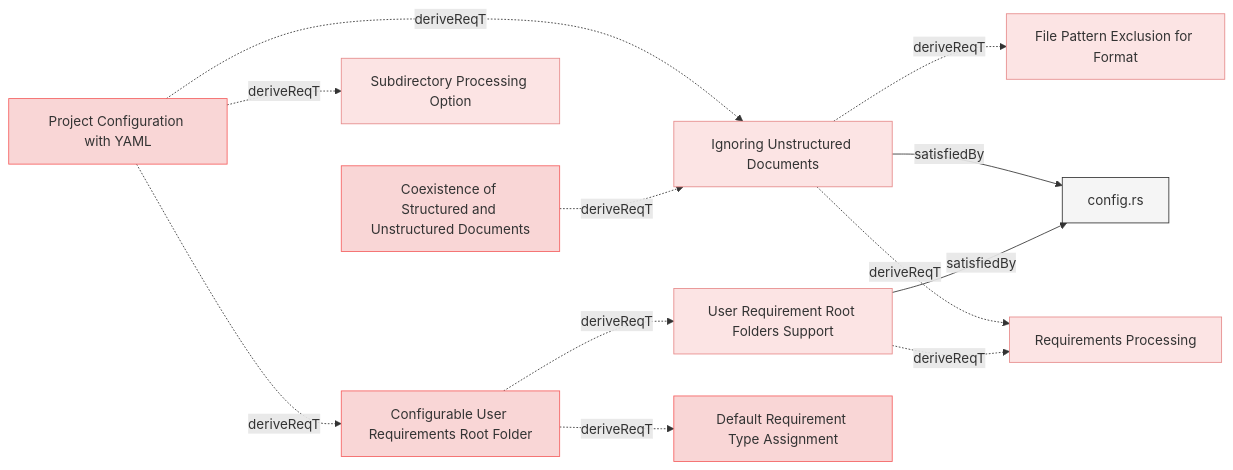
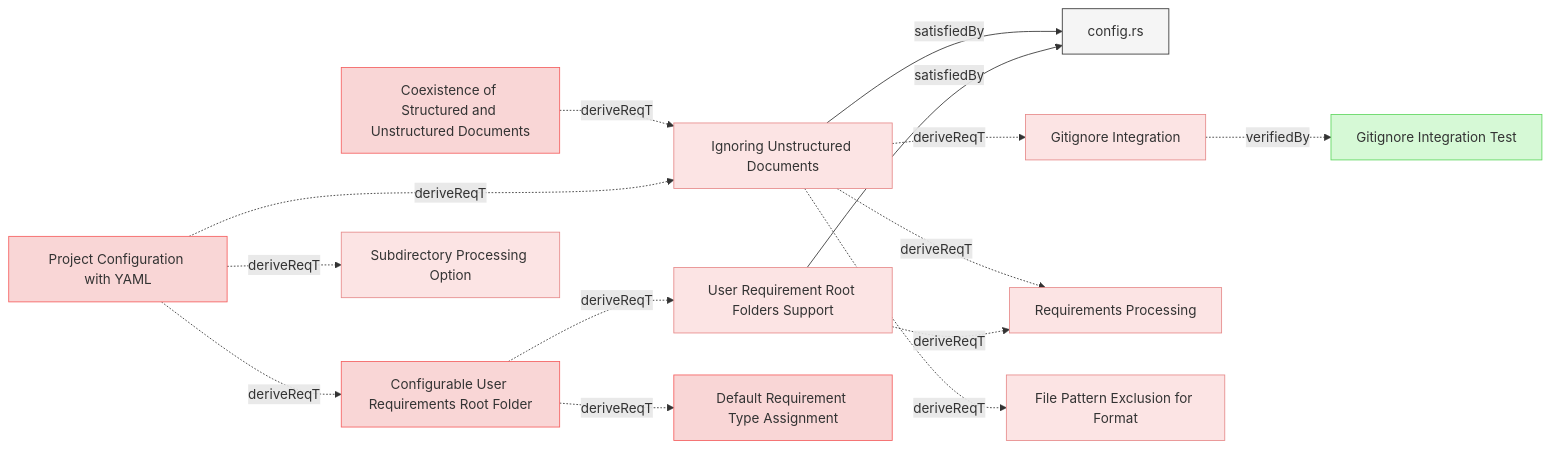
Before and after one commit to reqvire-org/reqvire: the second of 9 diagrams in specifications/SystemRequirements/Requirements.md, drawn with Mermaid. The commit also changed other lines of this file and 25 other files, not shown here.

First line of the commit message:
Add gitignore integration for automatic file exclusion

````diff
--- a/specifications/SystemRequirements/Requirements.md
+++ b/specifications/SystemRequirements/Requirements.md
@@ -155,54 +159,62 @@
 ```mermaid
 graph LR;
   %% REQVIRE-AUTOGENERATED-DIAGRAM
   %% Graph styling
   classDef userRequirement fill:#f9d6d6,stroke:#f55f5f,stroke-width:1px;
   classDef systemRequirement fill:#fce4e4,stroke:#e68a8a,stroke-width:1px;
   classDef verification fill:#d6f9d6,stroke:#5fd75f,stroke-width:1px;
   classDef default fill:#f5f5f5,stroke:#333333,stroke-width:1px;
 
+  be83c2991e9535c7["Ignoring Unstructured Documents"];
+  class be83c2991e9535c7 systemRequirement;
+  click be83c2991e9535c7 "Requirements.md#ignoring-unstructured-documents";
+  8419dcc77d92b609["config.rs"];
+  class 8419dcc77d92b609 default;
+  click 8419dcc77d92b609 "../../cli/src/config.rs";
+  be83c2991e9535c7 -->|satisfiedBy| 8419dcc77d92b609;
+  a0da26f71f33b98f["Gitignore Integration"];
+  class a0da26f71f33b98f systemRequirement;
+  click a0da26f71f33b98f "Requirements.md#gitignore-integration";
+  be83c2991e9535c7 -.->|deriveReqT| a0da26f71f33b98f;
+  bed8d0948b3e5ccd["Requirements Processing"];
+  class bed8d0948b3e5ccd systemRequirement;
+  click bed8d0948b3e5ccd "Requirements.md#requirements-processing";
+  be83c2991e9535c7 -.->|deriveReqT| bed8d0948b3e5ccd;
+  821926b1be52e46b["File Pattern Exclusion for Format"];
+  class 821926b1be52e46b systemRequirement;
+  click 821926b1be52e46b "Requirements.md#file-pattern-exclusion-for-format";
+  be83c2991e9535c7 -.->|deriveReqT| 821926b1be52e46b;
+  9078905027caefa6["Gitignore Integration Test"];
+  class 9078905027caefa6 verification;
+  click 9078905027caefa6 "../Verifications/ValidationTests.md#gitignore-integration-test";
+  a0da26f71f33b98f -.->|verifiedBy| 9078905027caefa6;
   a9d6e2569d5acd60["User Requirement Root Folders Support"];
   class a9d6e2569d5acd60 systemRequirement;
   click a9d6e2569d5acd60 "Requirements.md#user-requirement-root-folders-support";
   8419dcc77d92b609["config.rs"];
   class 8419dcc77d92b609 default;
   click 8419dcc77d92b609 "../../cli/src/config.rs";
   a9d6e2569d5acd60 -->|satisfiedBy| 8419dcc77d92b609;
-  bed8d0948b3e5ccd["Requirements Processing"];
-  class bed8d0948b3e5ccd systemRequirement;
-  click bed8d0948b3e5ccd "Requirements.md#requirements-processing";
   a9d6e2569d5acd60 -.->|deriveReqT| bed8d0948b3e5ccd;
-  be83c2991e9535c7["Ignoring Unstructured Documents"];
-  class be83c2991e9535c7 systemRequirement;
-  click be83c2991e9535c7 "Requirements.md#ignoring-unstructured-documents";
-  8419dcc77d92b609["config.rs"];
-  class 8419dcc77d92b609 default;
-  click 8419dcc77d92b609 "../../cli/src/config.rs";
-  be83c2991e9535c7 -->|satisfiedBy| 8419dcc77d92b609;
-  821926b1be52e46b["File Pattern Exclusion for Format"];
-  class 821926b1be52e46b systemRequirement;
-  click 821926b1be52e46b "Requirements.md#file-pattern-exclusion-for-format";
-  be83c2991e9535c7 -.->|deriveReqT| 821926b1be52e46b;
-  be83c2991e9535c7 -.->|deriveReqT| bed8d0948b3e5ccd;
   f0d721424636370e["Coexistence of Structured and Unstructured Documents"];
   class f0d721424636370e userRequirement;
   click f0d721424636370e "../ManagingMbseModelsRequirements.md#coexistence-of-structured-and-unstructured-documents";
   f0d721424636370e -.->|deriveReqT| be83c2991e9535c7;
   16b4b380c917deb1["Project Configuration with YAML"];
   class 16b4b380c917deb1 userRequirement;
   click 16b4b380c917deb1 "../ManagingMbseModelsRequirements.md#project-configuration-with-yaml";
-  7bdf935ec6d8effe["Subdirectory Processing Option"];
-  class 7bdf935ec6d8effe systemRequirement;
-  click 7bdf935ec6d8effe "Requirements.md#subdirectory-processing-option";
-  16b4b380c917deb1 -.->|deriveReqT| 7bdf935ec6d8effe;
   16b4b380c917deb1 -.->|deriveReqT| be83c2991e9535c7;
   d9354ef2eca0f2d0["Configurable User Requirements Root Folder"];
   class d9354ef2eca0f2d0 userRequirement;
   click d9354ef2eca0f2d0 "../ManagingMbseModelsRequirements.md#configurable-user-requirements-root-folder";
   16b4b380c917deb1 -.->|deriveReqT| d9354ef2eca0f2d0;
+  7bdf935ec6d8effe["Subdirectory Processing Option"];
+  class 7bdf935ec6d8effe systemRequirement;
+  click 7bdf935ec6d8effe "Requirements.md#subdirectory-processing-option";
+  16b4b380c917deb1 -.->|deriveReqT| 7bdf935ec6d8effe;
   c9cc6878a73bb951["Default Requirement Type Assignment"];
   class c9cc6878a73bb951 userRequirement;
   click c9cc6878a73bb951 "../ManagingMbseModelsRequirements.md#default-requirement-type-assignment";
   d9354ef2eca0f2d0 -.->|deriveReqT| c9cc6878a73bb951;
   d9354ef2eca0f2d0 -.->|deriveReqT| a9d6e2569d5acd60;
 ```
````
